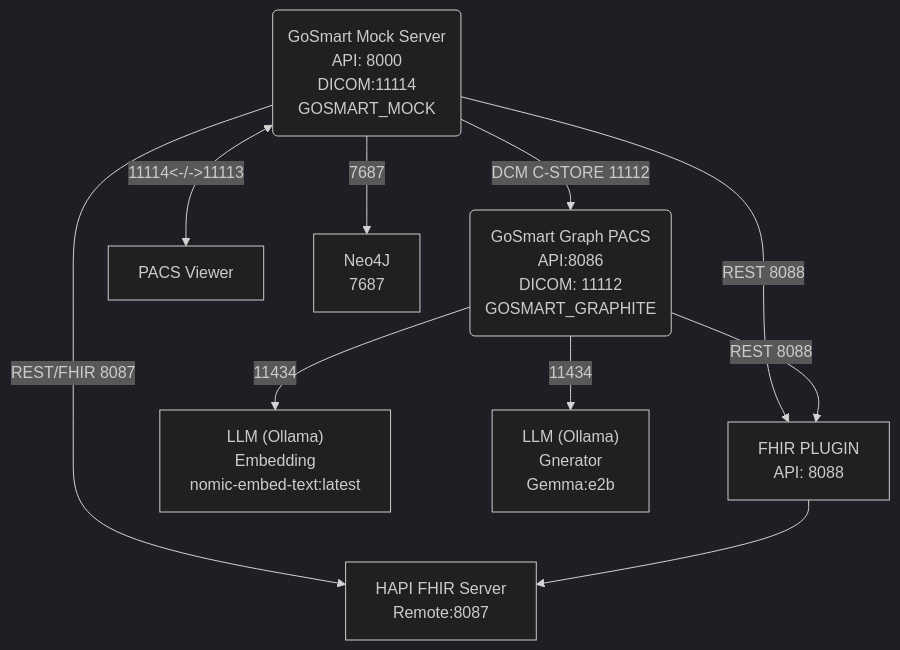
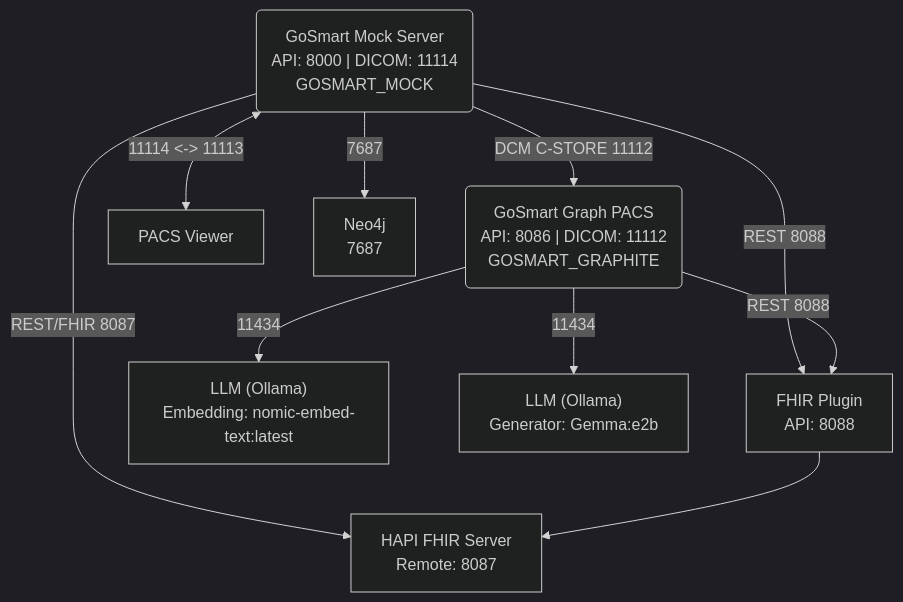
One commit to gosmart-health/gosmart-graphite changed the first of 3 diagrams in README.md. Above: the diagram before and after it, drawn with Mermaid (dark theme). The commit also changed other lines of this file and 30 other files, not shown here.

````diff
--- a/README.md
+++ b/README.md
@@ -963,15 +837,23 @@
 ```mermaid
 flowchart TD
-    n2["GoSmart Mock Server<br>API: 8000<br>DICOM:11114<br>GOSMART_MOCK"] -- 
-REST 8088 --> n3["FHIR PLUGIN<br>API: 8088"]
-    n2 -- REST/FHIR 8087 --> n4["HAPI FHIR Server<br>Remote:8087"]
-    n1["GoSmart Graph PACS<br>API:8086<br>DICOM: 11112<br>GOSMART_GRAPHITE"] -- 
-REST 8088 --> n3
-    n2 -- " DCM C-STORE 11112 " --> n1
+    n2["GoSmart Mock Server<br>API: 8000 | DICOM: 11114<br>GOSMART_MOCK"]
+    n3["FHIR Plugin<br>API: 8088"]
+    n4["HAPI FHIR Server<br>Remote: 8087"]
+    n1["GoSmart Graph PACS<br>API: 8086 | DICOM: 11112<br>GOSMART_GRAPHITE"]
+    n5["PACS Viewer"]
+    n6["Neo4j<br>7687"]
+    n7["LLM (Ollama)<br>Embedding: nomic-embed-text:latest"]
+    n8["LLM (Ollama)<br>Generator: Gemma:e2b"]
+
+    n2 -- "REST 8088" --> n3
+    n2 -- "REST/FHIR 8087" --> n4
+    n1 -- "REST 8088" --> n3
+    n2 -- "DCM C-STORE 11112" --> n1
     n3 --> n4
-    n2 <-- " 11114&lt;-/-&gt;11113 " --> n5["PACS Viewer"]
-    n2 -- 7687 --> n6["Neo4J<br>7687"]
-    n1 -- 11434 --> n7["LLM (Ollama)<br>Embedding<br>nomic-embed-text:latest"] & n8["LLM (Ollama)<br>Gnerator<br>Gemma:e2b"]
-    n2@{ shape: rounded}
-    n1@{ shape: rounded}
+    n2 <-- "11114 <-> 11113" --> n5
+    n2 -- "7687" --> n6
+    n1 -- "11434" --> n7 & n8
+
+    n2@{ shape: rounded }
+    n1@{ shape: rounded }
 ```
````
